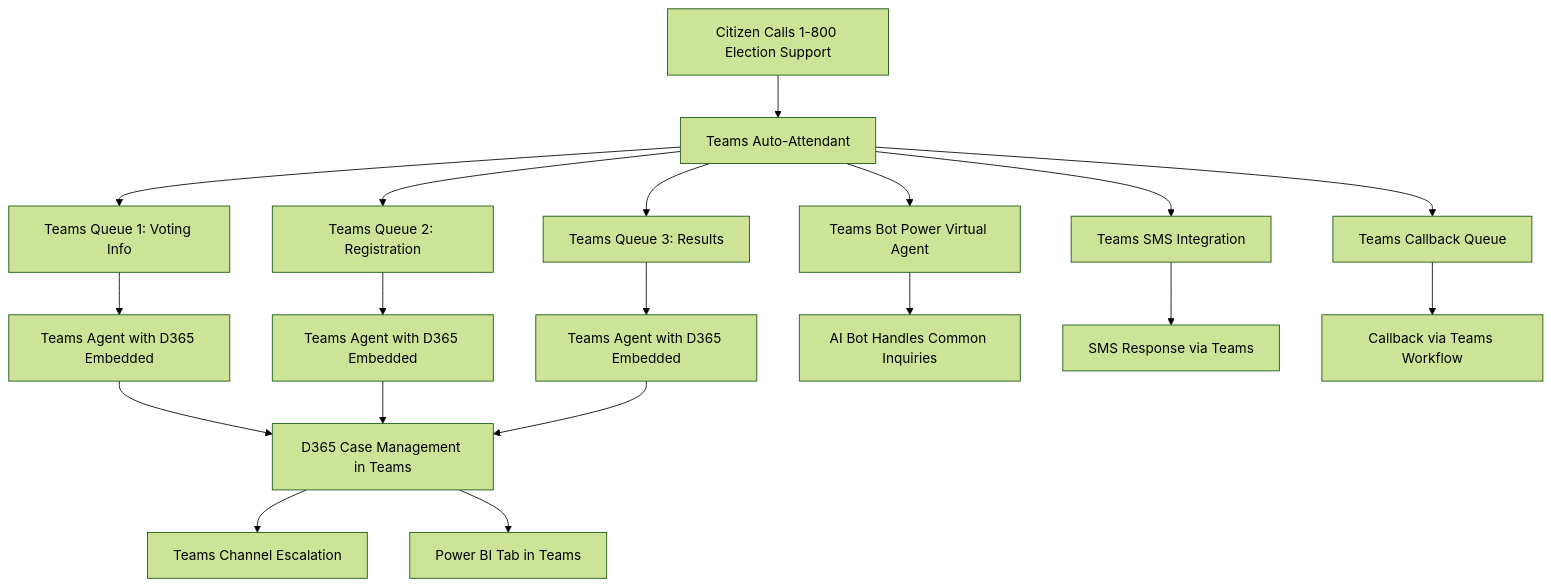
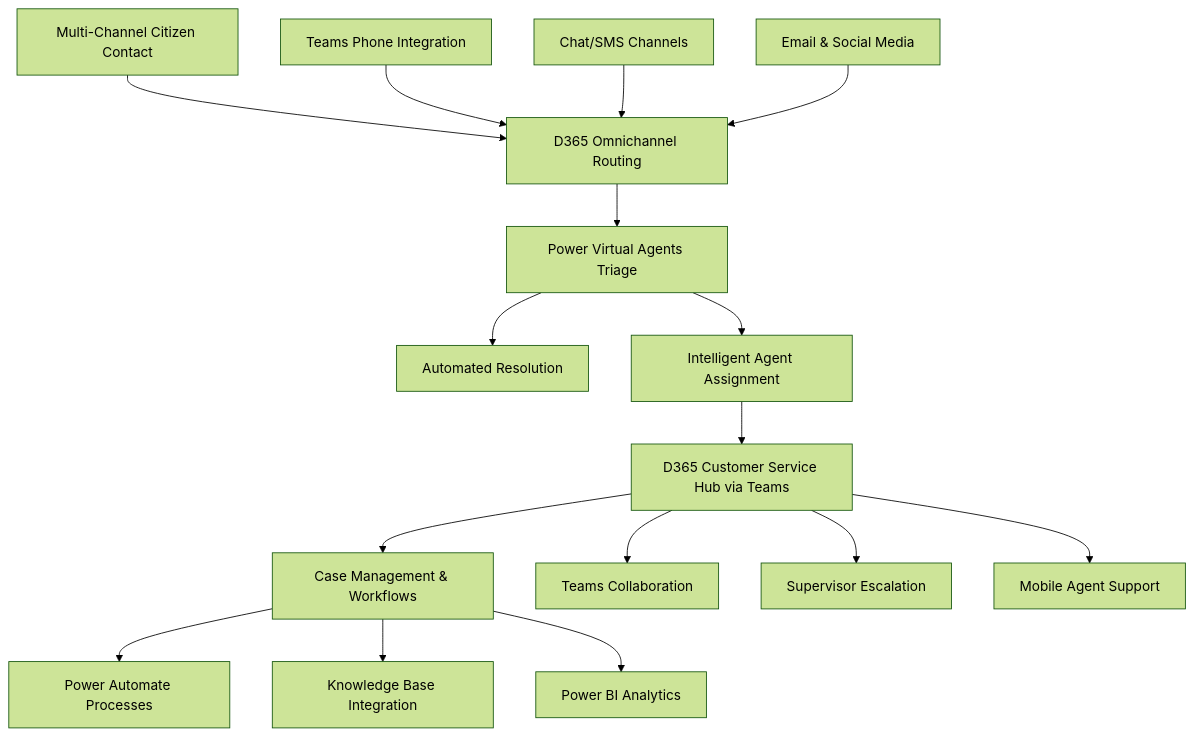
Before and after one commit to Cloudstrucc/Public: the third of 9 diagrams in docs/DCC/readme.md, drawn with Mermaid (forest theme). The commit also changed other lines of this file and 4 other files, not shown here.

````diff
--- a/docs/DCC/readme.md
+++ b/docs/DCC/readme.md
@@ -265,23 +341,20 @@
 ```mermaid
 graph TD
-    A[Citizen Calls 1-800 Election Support] --> B[Teams Auto-Attendant]
-    B --> C[Teams Queue 1: Voting Info]
-    B --> D[Teams Queue 2: Registration]
-    B --> E[Teams Queue 3: Results]
-    B --> F[Teams Bot Power Virtual Agent]
-    B --> G[Teams SMS Integration]
-    B --> H[Teams Callback Queue]
-  
-    C --> I[Teams Agent with D365 Embedded]
-    D --> J[Teams Agent with D365 Embedded]
-    E --> K[Teams Agent with D365 Embedded]
-    F --> L[AI Bot Handles Common Inquiries]
-    G --> M[SMS Response via Teams]
-    H --> N[Callback via Teams Workflow]
-  
-    I --> O[D365 Case Management in Teams]
-    J --> O
-    K --> O
-    O --> P[Teams Channel Escalation]
-    O --> Q[Power BI Tab in Teams]
+    A[Multi-Channel Citizen Contact] --> B[D365 Omnichannel Routing]
+    B --> C[Power Virtual Agents Triage]
+    C --> D[Automated Resolution]
+    C --> E[Intelligent Agent Assignment]
+    E --> F[D365 Customer Service Hub via Teams]
+    F --> G[Case Management & Workflows]
+    G --> H[Power Automate Processes]
+    G --> I[Knowledge Base Integration]
+    G --> J[Power BI Analytics]
+    
+    K[Teams Phone Integration] --> B
+    L[Chat/SMS Channels] --> B
+    M[Email & Social Media] --> B
+    
+    F --> N[Teams Collaboration]
+    F --> O[Supervisor Escalation]
+    F --> P[Mobile Agent Support]
 ```
````
